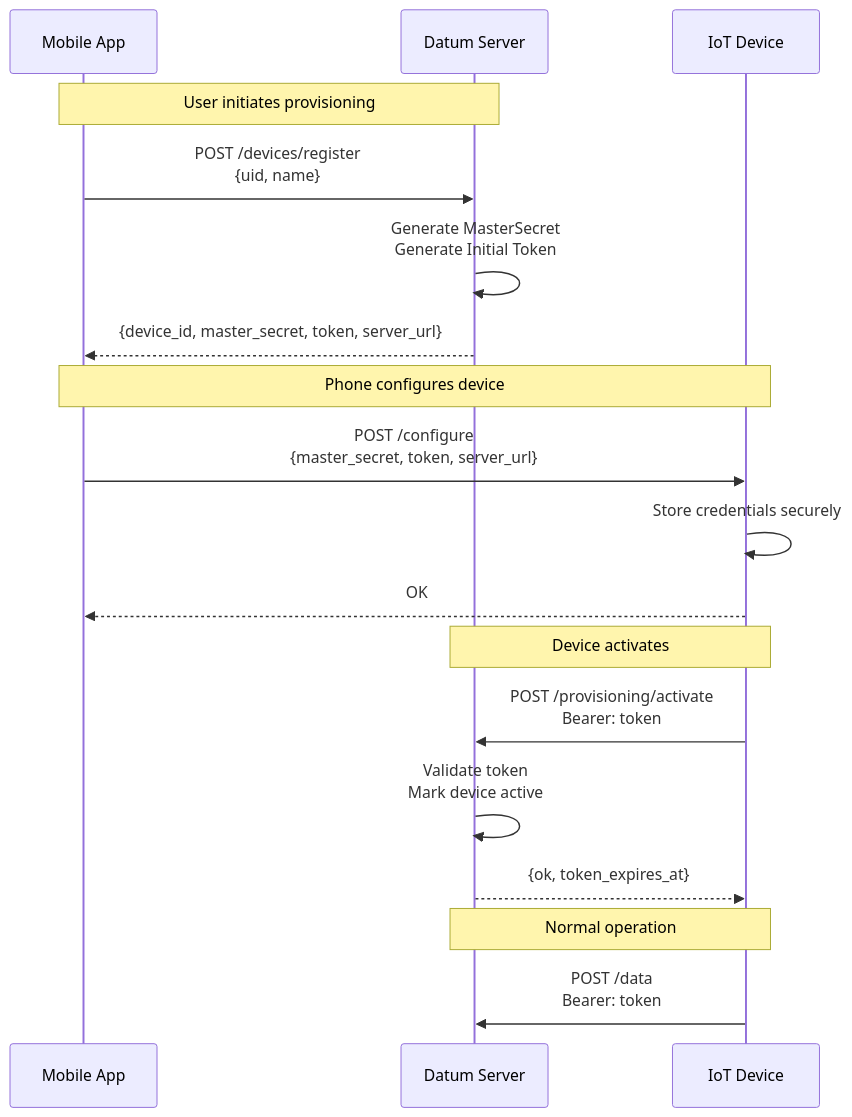
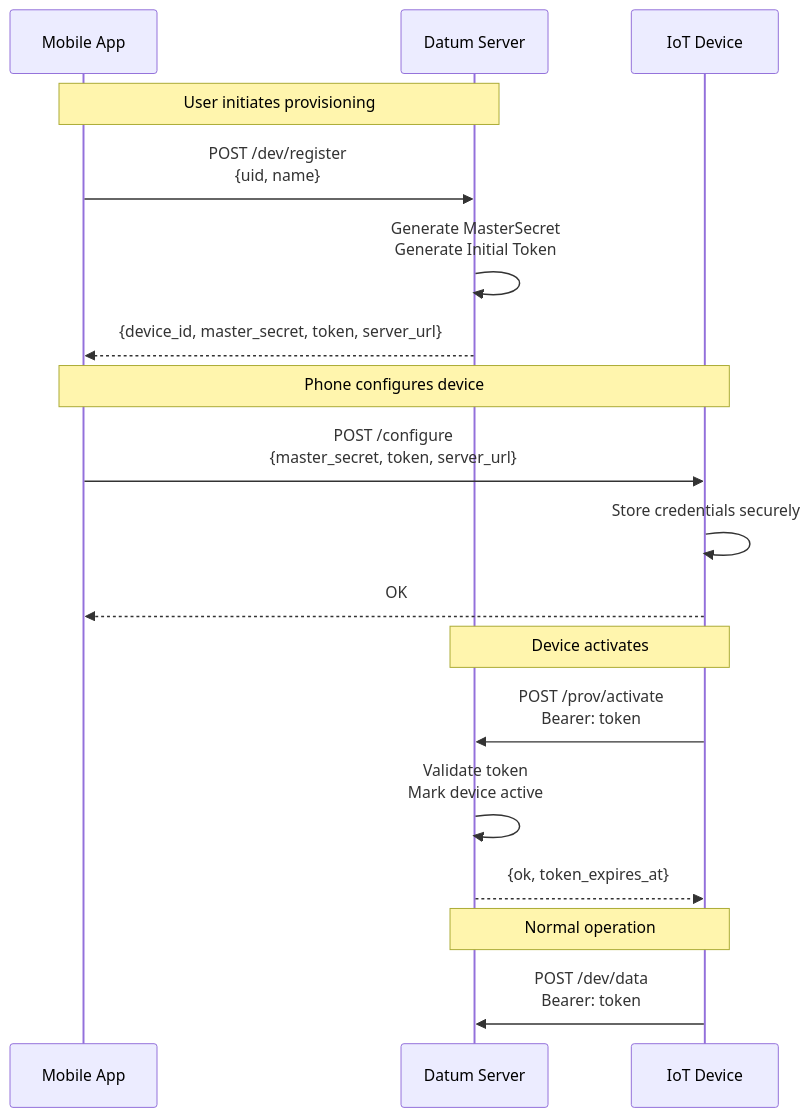
One commit to tevfik/datum-server changed the sixth of 11 diagrams in docs/diagrams/API_KEY_SECURITY.md. Above: the diagram before and after it, drawn with Mermaid. The commit also changed other lines of this file and 61 other files, not shown here.

````diff
--- a/docs/diagrams/API_KEY_SECURITY.md
+++ b/docs/diagrams/API_KEY_SECURITY.md
@@ -194,24 +194,24 @@
 ```mermaid
 sequenceDiagram
     participant Phone as Mobile App
     participant Server as Datum Server
     participant Device as IoT Device
     
     Note over Phone,Server: User initiates provisioning
-    Phone->>Server: POST /devices/register<br/>{uid, name}
+    Phone->>Server: POST /dev/register<br/>{uid, name}
     Server->>Server: Generate MasterSecret<br/>Generate Initial Token
     Server-->>Phone: {device_id, master_secret, token, server_url}
     
     Note over Phone,Device: Phone configures device
     Phone->>Device: POST /configure<br/>{master_secret, token, server_url}
     Device->>Device: Store credentials securely
     Device-->>Phone: OK
     
     Note over Device,Server: Device activates
-    Device->>Server: POST /provisioning/activate<br/>Bearer: token
+    Device->>Server: POST /prov/activate<br/>Bearer: token
     Server->>Server: Validate token<br/>Mark device active
     Server-->>Device: {ok, token_expires_at}
     
     Note over Device,Server: Normal operation
-    Device->>Server: POST /data<br/>Bearer: token
+    Device->>Server: POST /dev/data<br/>Bearer: token
 ```
````
